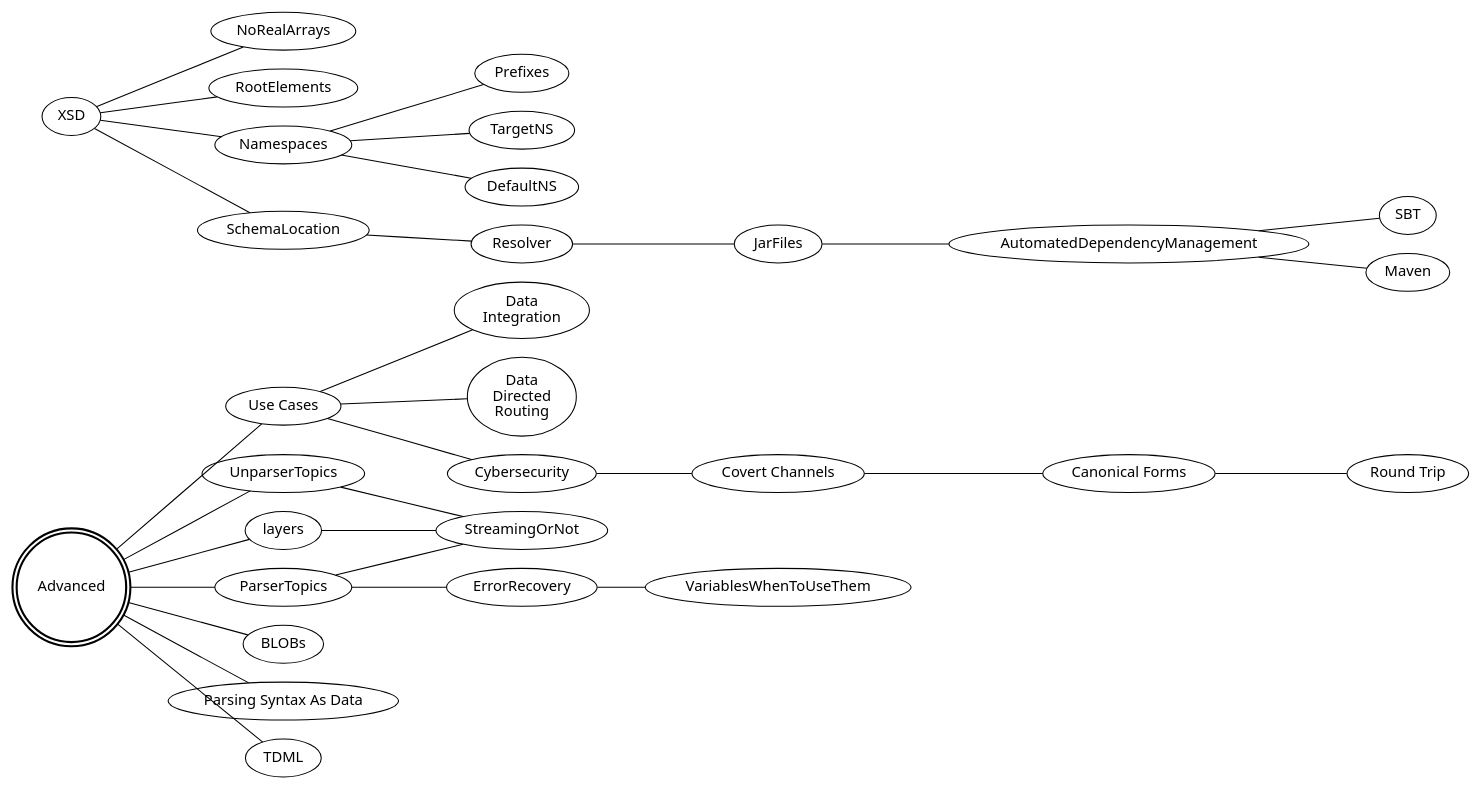
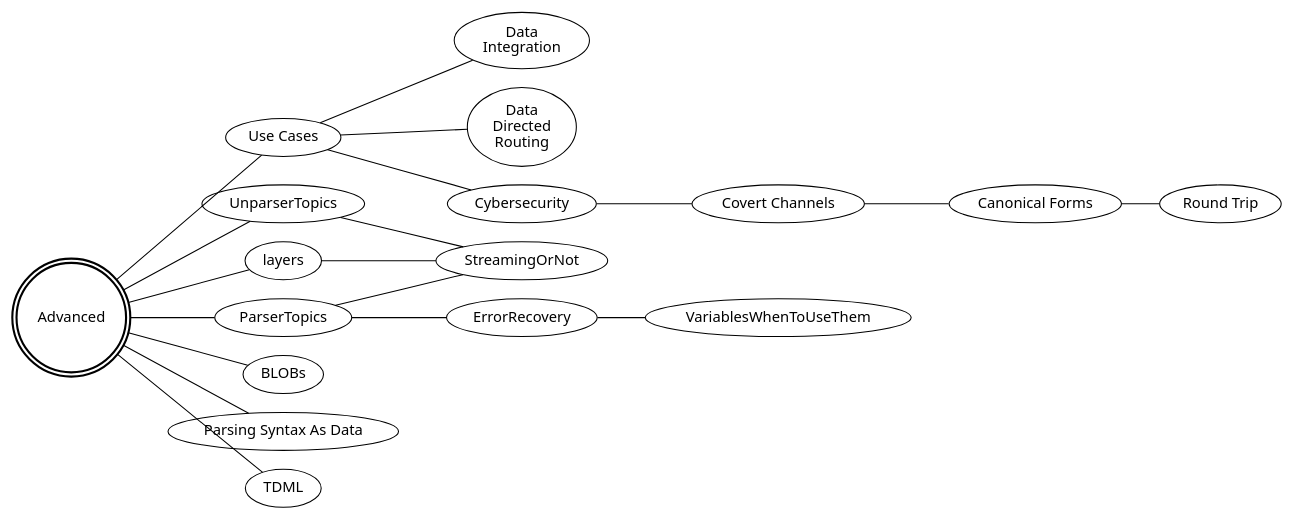
One commit to mbeckerle/daffodil-site changed the second of 4 diagrams in site/dev/design-notes/data-format-outline.adoc. Above: the diagram before and after it, drawn with Graphviz. The commit also changed other lines of this file, not shown here.

First line of the commit message:
Split up graphs

```diff
--- a/site/dev/design-notes/data-format-outline.adoc
+++ b/site/dev/design-notes/data-format-outline.adoc
@@ -233,50 +246,44 @@
-[graphviz,"dataFormat2.svg",svg,svg-type=inline]
+[graphviz,"dataFormat2",svg,svg-type=inline]
 ....
 digraph dataFormat2 {
 
-// size = "7.5,10"
 center=1
 overlap=scale
 splines=false
 root="Advanced"
 rankdir=LR
 edge [dir=none]
 node [fontname="Noto Sans"]
 
 
 A [label="Advanced" style=bold shape=doublecircle ]
 
 "Canonical Forms" -> "Round Trip"
 A -> UC
 
 
 subgraph UseCases {
 UC [ label="Use Cases" ]
 UC -> "Data\nIntegration"
 UC -> "Data\nDirected\nRouting"
 UC -> "Cybersecurity"
 
 "Cybersecurity" -> "Covert Channels" -> "Canonical Forms"
 }
 
 A -> ParserTopics
 ParserTopics -> StreamingOrNot
 ParserTopics -> ErrorRecovery
 ErrorRecovery -> VariablesWhenToUseThem
 A -> UnparserTopics
 UnparserTopics -> StreamingOrNot
 
-XSD -> NoRealArrays
-XSD -> RootElements
-XSD -> Namespaces -> Prefixes, TargetNS, DefaultNS
-XSD -> SchemaLocation -> Resolver -> JarFiles -> AutomatedDependencyManagement -> SBT, Maven
-
 A -> layers -> StreamingOrNot
 
 A -> BLOBs
 
 A-> "Parsing Syntax As Data"
 
 A -> TDML
 }
 ....
```
